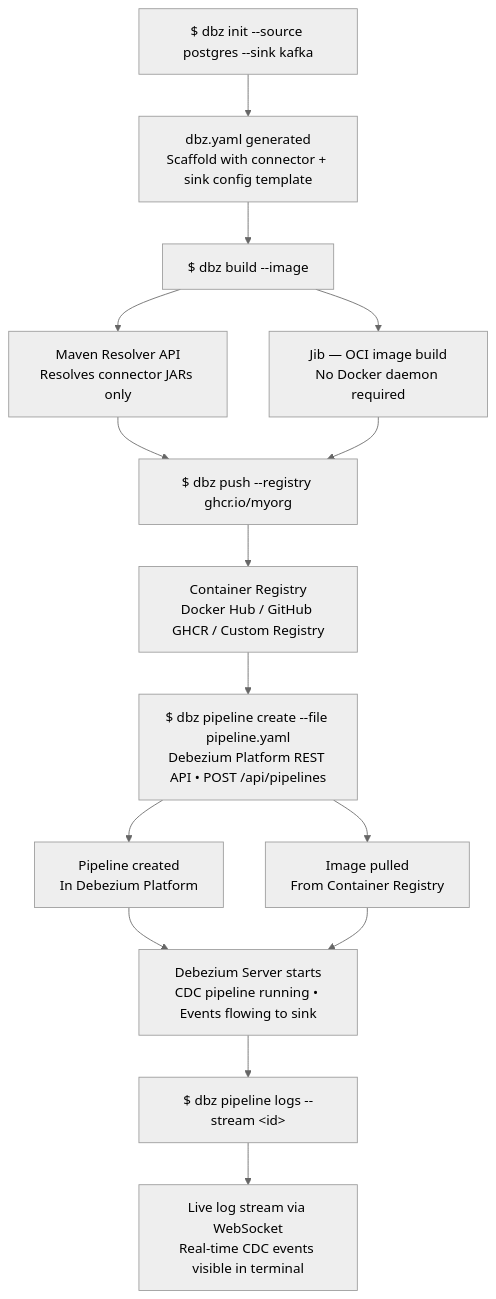
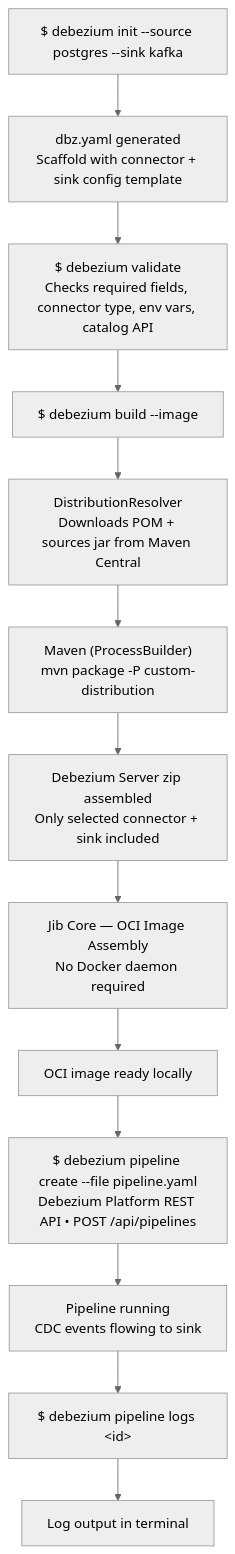
Before and after one commit to debezium/debezium-design-documents: the first of 2 diagrams in DDD-40.md, drawn with Mermaid (neutral theme). The commit also changed other lines of this file, not shown here.

````diff
--- a/DDD-40.md
+++ b/DDD-40.md
@@ -87,17 +77,15 @@
 ```mermaid
 flowchart TD
-    A["$ dbz init --source postgres --sink kafka"] --> B["dbz.yaml generated\nScaffold with connector + sink config template"]
-    B --> C["$ dbz build --image"]
-    C --> D["Maven Resolver API\nResolves connector JARs only"]
-    C --> E["Jib — OCI image build\nNo Docker daemon required"]
-    D --> F["$ dbz push --registry ghcr.io/myorg"]
-    E --> F
-    F --> G["Container Registry\nDocker Hub / GitHub GHCR / Custom Registry"]
-    G --> H["$ dbz pipeline create --file pipeline.yaml\nDebezium Platform REST API • POST /api/pipelines"]
-    H --> I["Pipeline created\nIn Debezium Platform"]
-    H --> J["Image pulled\nFrom Container Registry"]
-    I --> K["Debezium Server starts\nCDC pipeline running • Events flowing to sink"]
-    J --> K
-    K --> L["$ dbz pipeline logs --stream &lt;id&gt;"]
-    L --> M["Live log stream via WebSocket\nReal-time CDC events visible in terminal"]
+    A["$ debezium init --source postgres --sink kafka"] --> B["dbz.yaml generated\nScaffold with connector + sink config template"]
+    B --> C["$ debezium validate\nChecks required fields, connector type, env vars, catalog API"]
+    C --> D["$ debezium build --image"]
+    D --> E["DistributionResolver\nDownloads POM + sources jar from Maven Central"]
+    E --> F["Maven (ProcessBuilder)\nmvn package -P custom-distribution"]
+    F --> G["Debezium Server zip assembled\nOnly selected connector + sink included"]
+    G --> H["Jib Core — OCI Image Assembly\nNo Docker daemon required"]
+    H --> I["OCI image ready locally"]
+    I --> J["$ debezium pipeline create --file pipeline.yaml\nDebezium Platform REST API • POST /api/pipelines"]
+    J --> K["Pipeline running\nCDC events flowing to sink"]
+    K --> L["$ debezium pipeline logs &lt;id&gt;"]
+    L --> M["Log output in terminal"]
 ```
````
